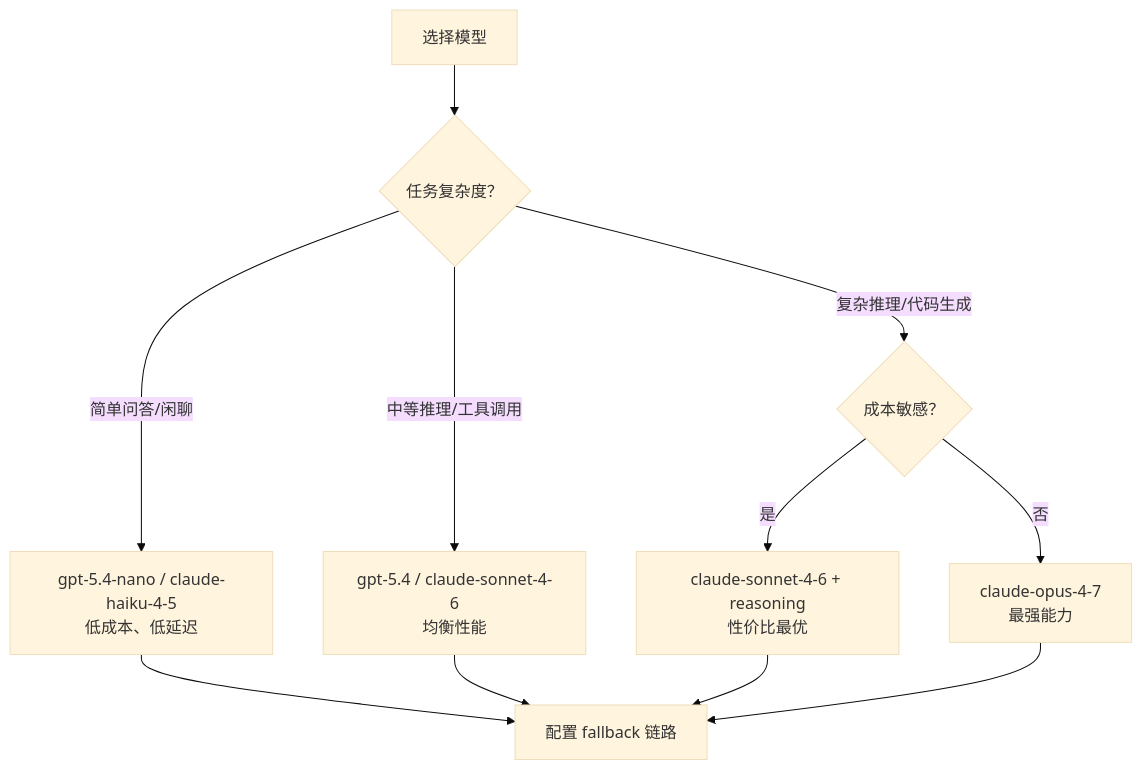
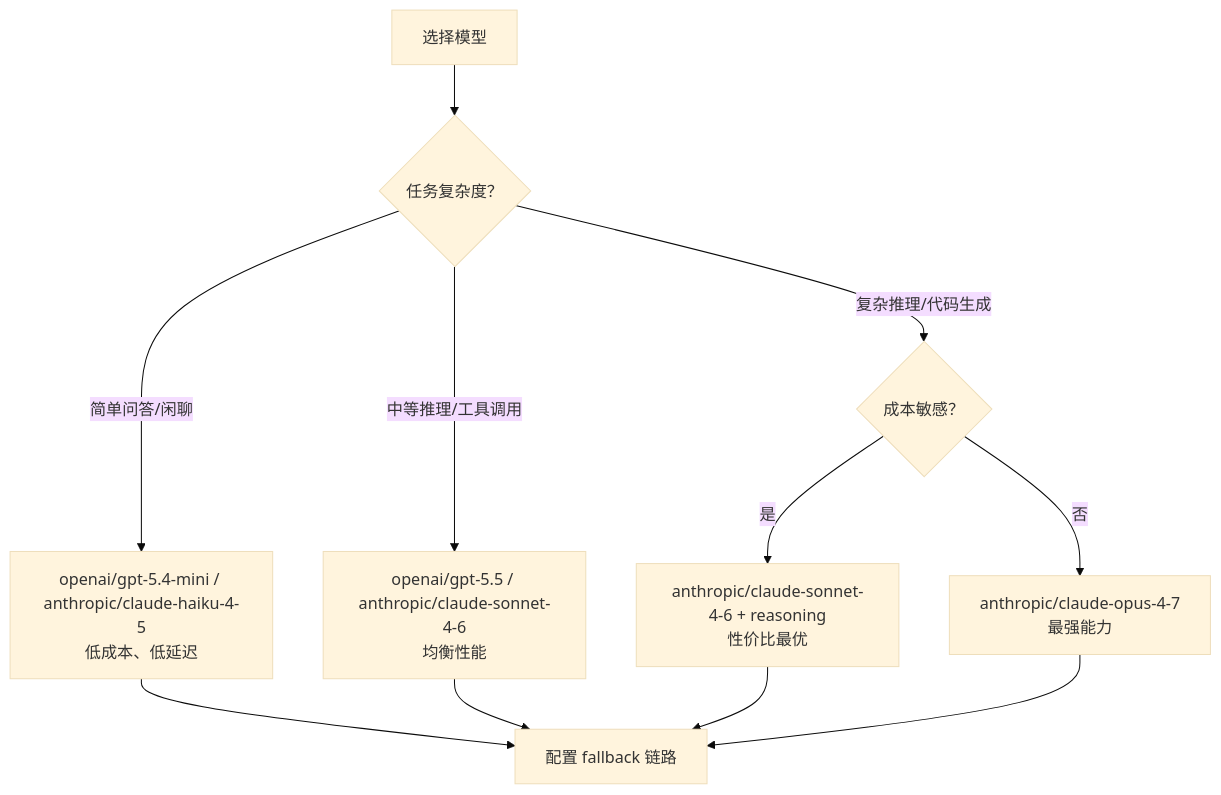
The diagram in 04_config_models/4.3_model_selection.md (yeasy/openclaw_guide), drawn with Mermaid (base theme) before and after one commit. The commit also changed other lines of this file and 89 other files, not shown here.

````diff
--- a/04_config_models/4.3_model_selection.md
+++ b/04_config_models/4.3_model_selection.md
@@ -30,13 +30,13 @@
 ```mermaid
 flowchart TD
     Start["选择模型"] --> Q1{"任务复杂度？"}
-    Q1 -->|"简单问答/闲聊"| M1["gpt-5.4-nano / claude-haiku-4-5<br/>低成本、低延迟"]
-    Q1 -->|"中等推理/工具调用"| M2["gpt-5.4 / claude-sonnet-4-6<br/>均衡性能"]
+    Q1 -->|"简单问答/闲聊"| M1["openai/gpt-5.4-mini / anthropic/claude-haiku-4-5<br/>低成本、低延迟"]
+    Q1 -->|"中等推理/工具调用"| M2["openai/gpt-5.5 / anthropic/claude-sonnet-4-6<br/>均衡性能"]
     Q1 -->|"复杂推理/代码生成"| Q2{"成本敏感？"}
-    Q2 -->|"是"| M3["claude-sonnet-4-6 + reasoning<br/>性价比最优"]
-    Q2 -->|"否"| M4["claude-opus-4-7<br/>最强能力"]
+    Q2 -->|"是"| M3["anthropic/claude-sonnet-4-6 + reasoning<br/>性价比最优"]
+    Q2 -->|"否"| M4["anthropic/claude-opus-4-7<br/>最强能力"]
     M1 --> FB["配置 fallback 链路"]
     M2 --> FB
     M3 --> FB
     M4 --> FB
 ```
````
